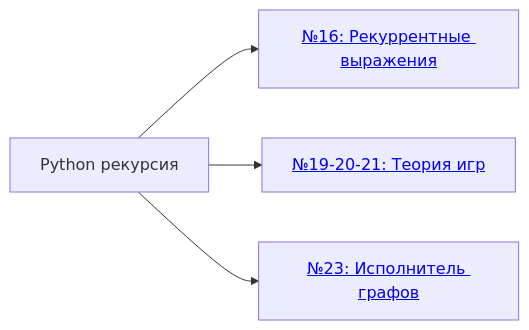
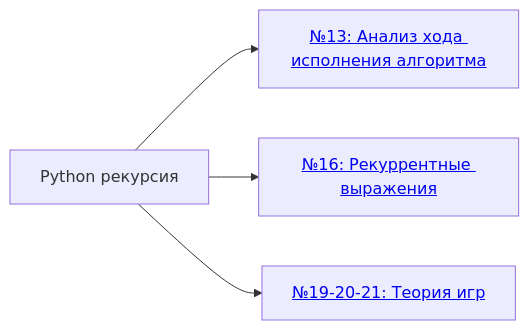
The fifth of 6 diagrams in README.md (scharfff/spbpu-inf-course), drawn with Mermaid before and after one commit. The commit also changed other lines of this file and 30 other files, not shown here.

````diff
--- a/README.md
+++ b/README.md
@@ -148,11 +145,11 @@
 ```mermaid
 flowchart LR
   T5["Python рекурсия"]
-  T5 --> T5a["<a href='https://github.com/scharfff/spbpu-inf-course/tree/2026/%D0%97%D0%B0%D0%B4%D0%B0%D0%BD%D0%B8%D0%B5_16_%D0%A0%D0%B5%D0%BA%D1%83%D1%80%D1%80%D0%B5%D0%BD%D1%82%D0%BD%D1%8B%D0%B5_%D0%B2%D1%8B%D1%80%D0%B0%D0%B6%D0%B5%D0%BD%D0%B8%D1%8F'>№16: Рекуррентные выражения</a>"]
-  T5 --> T5b["<a href='https://github.com/scharfff/spbpu-inf-course/tree/2026/%D0%97%D0%B0%D0%B4%D0%B0%D0%BD%D0%B8%D0%B5_19_20_21_%D0%A2%D0%B5%D0%BE%D1%80%D0%B8%D1%8F_%D0%B8%D0%B3%D1%80'>№19-20-21: Теория игр</a>"]
-  T5 --> T5e["<a href='https://github.com/scharfff/spbpu-inf-course/tree/2026/%D0%97%D0%B0%D0%B4%D0%B0%D0%BD%D0%B8%D0%B5_23_%D0%98%D1%81%D0%BF%D0%BE%D0%BB%D0%BD%D0%B8%D1%82%D0%B5%D0%BB%D1%8C_%D0%B3%D1%80%D0%B0%D1%84%D0%BE%D0%B2'>№23: Исполнитель графов</a>"]
+  T5 --> T5a["<a href='https://github.com/scharfff/spbpu-inf-course/tree/2027/Задание_13_Исполнитель_графов'>№13: Анализ хода исполнения алгоритма</a>"]
+  T5 --> T5b["<a href='https://github.com/scharfff/spbpu-inf-course/tree/2027/Задание_16_Рекуррентные_выражения'>№16: Рекуррентные выражения</a>"]
+  T5 --> T5c["<a href='https://github.com/scharfff/spbpu-inf-course/tree/2027/Задание_19_20_21_Теория_игр'>№19-20-21: Теория игр</a>"]
 
-  click T5a "https://github.com/scharfff/spbpu-inf-course/tree/2026/%D0%97%D0%B0%D0%B4%D0%B0%D0%BD%D0%B8%D0%B5_16_%D0%A0%D0%B5%D0%BA%D1%83%D1%80%D1%80%D0%B5%D0%BD%D1%82%D0%BD%D1%8B%D0%B5_%D0%B2%D1%8B%D1%80%D0%B0%D0%B6%D0%B5%D0%BD%D0%B8%D1%8F"
-  click T5b "https://github.com/scharfff/spbpu-inf-course/tree/2026/%D0%97%D0%B0%D0%B4%D0%B0%D0%BD%D0%B8%D0%B5_19_20_21_%D0%A2%D0%B5%D0%BE%D1%80%D0%B8%D1%8F_%D0%B8%D0%B3%D1%80"
-  click T5e "https://github.com/scharfff/spbpu-inf-course/tree/2026/%D0%97%D0%B0%D0%B4%D0%B0%D0%BD%D0%B8%D0%B5_23_%D0%98%D1%81%D0%BF%D0%BE%D0%BB%D0%BD%D0%B8%D1%82%D0%B5%D0%BB%D1%8C_%D0%B3%D1%80%D0%B0%D1%84%D0%BE%D0%B2"
+  click T5a "https://github.com/scharfff/spbpu-inf-course/tree/2027/Задание_13_Исполнитель_графов"
+  click T5b "https://github.com/scharfff/spbpu-inf-course/tree/2027/Задание_16_Рекуррентные_выражения"
+  click T5c "https://github.com/scharfff/spbpu-inf-course/tree/2027/Задание_19_20_21_Теория_игр"
 ```
````
